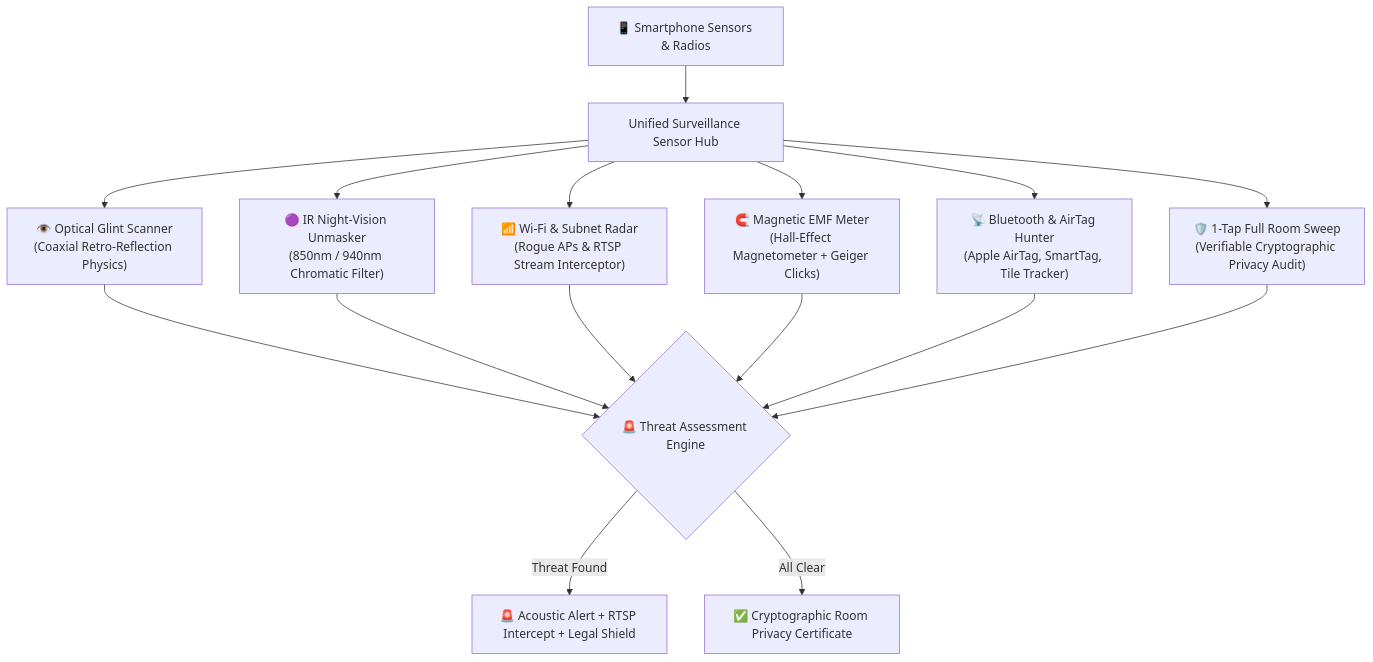
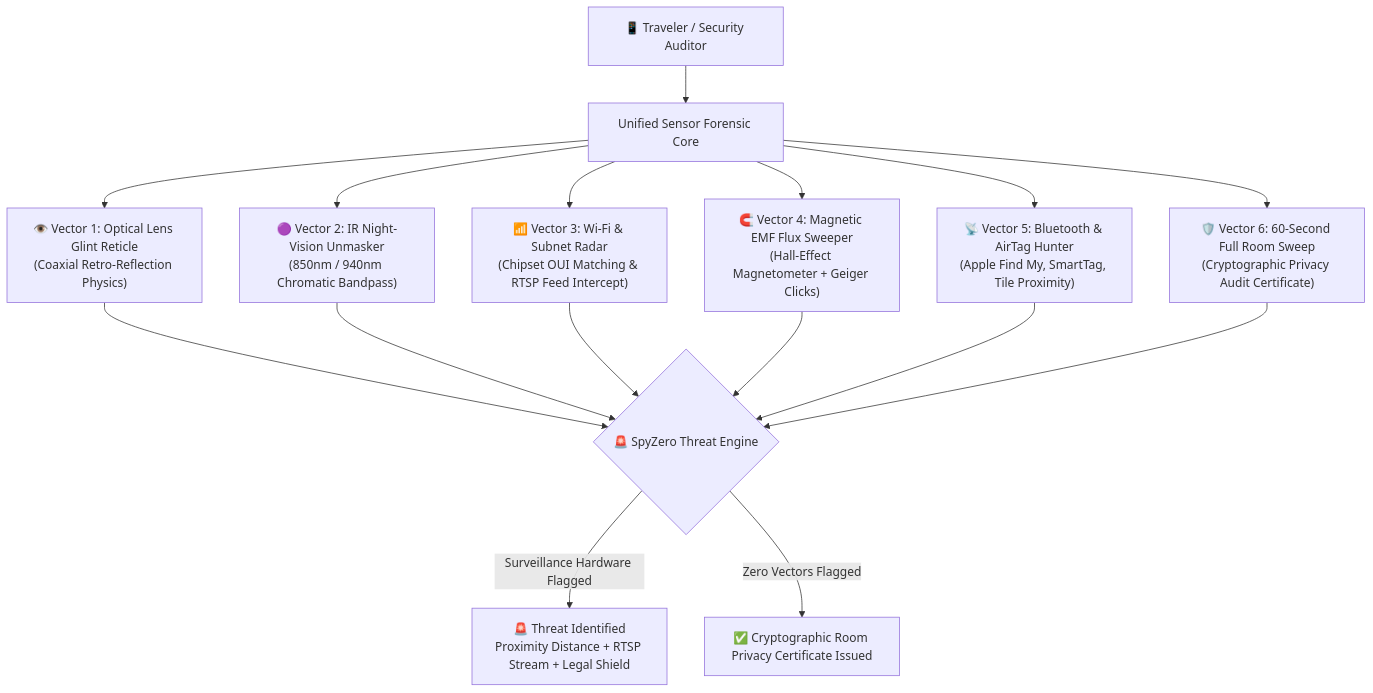
One commit to Kavin-124/SpyZero changed the diagram in README.md. Above: the diagram before and after it, drawn with Mermaid. The commit also changed other lines of this file and 2 other files, not shown here.

Commit message:
docs(readme): comprehensive visual upgrade with QR download, hardware matrix, and cheatsheet

````diff
--- a/README.md
+++ b/README.md
@@ -84,15 +127,15 @@
 ```mermaid
 flowchart TD
-    Phone["📱 Smartphone Sensors & Radios"] --> Core["Unified Surveillance Sensor Hub"]
+    User["📱 Traveler / Security Auditor"] --> Core["Unified Sensor Forensic Core"]
 
-    Core --> V1["👁️ Optical Glint Scanner\n(Coaxial Retro-Reflection Physics)"]
-    Core --> V2["🟣 IR Night-Vision Unmasker\n(850nm / 940nm Chromatic Filter)"]
-    Core --> V3["📶 Wi-Fi & Subnet Radar\n(Rogue APs & RTSP Stream Interceptor)"]
-    Core --> V4["🧲 Magnetic EMF Meter\n(Hall-Effect Magnetometer + Geiger Clicks)"]
-    Core --> V5["📡 Bluetooth & AirTag Hunter\n(Apple AirTag, SmartTag, Tile Tracker)"]
-    Core --> V6["🛡️ 1-Tap Full Room Sweep\n(Verifiable Cryptographic Privacy Audit)"]
+    Core --> V1["👁️ Vector 1: Optical Lens Glint Reticle\n(Coaxial Retro-Reflection Physics)"]
+    Core --> V2["🟣 Vector 2: IR Night-Vision Unmasker\n(850nm / 940nm Chromatic Bandpass)"]
+    Core --> V3["📶 Vector 3: Wi-Fi & Subnet Radar\n(Chipset OUI Matching & RTSP Feed Intercept)"]
+    Core --> V4["🧲 Vector 4: Magnetic EMF Flux Sweeper\n(Hall-Effect Magnetometer + Geiger Clicks)"]
+    Core --> V5["📡 Vector 5: Bluetooth & AirTag Hunter\n(Apple Find My, SmartTag, Tile Proximity)"]
+    Core --> V6["🛡️ Vector 6: 60-Second Full Room Sweep\n(Cryptographic Privacy Audit Certificate)"]
 
-    V1 & V2 & V3 & V4 & V5 & V6 --> Engine{"🚨 Threat Assessment Engine"}
-    Engine -->|Threat Found| Alert["🚨 Acoustic Alert + RTSP Intercept + Legal Shield"]
-    Engine -->|All Clear| Cert["✅ Cryptographic Room Privacy Certificate"]
+    V1 & V2 & V3 & V4 & V5 & V6 --> AnomalyEngine{"🚨 SpyZero Threat Engine"}
+    AnomalyEngine -->|Surveillance Hardware Flagged| RedAlert["🚨 Threat Identified\nProximity Distance + RTSP Stream + Legal Shield"]
+    AnomalyEngine -->|Zero Vectors Flagged| GreenClean["✅ Cryptographic Room Privacy Certificate Issued"]
 ```
````
